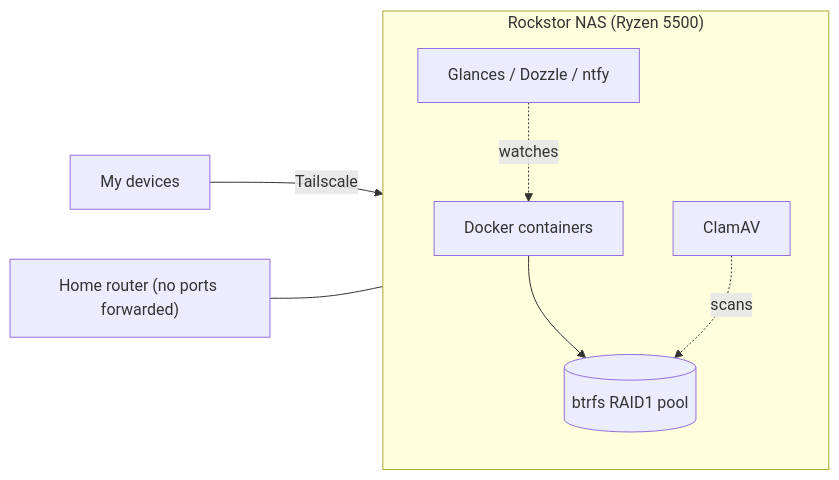
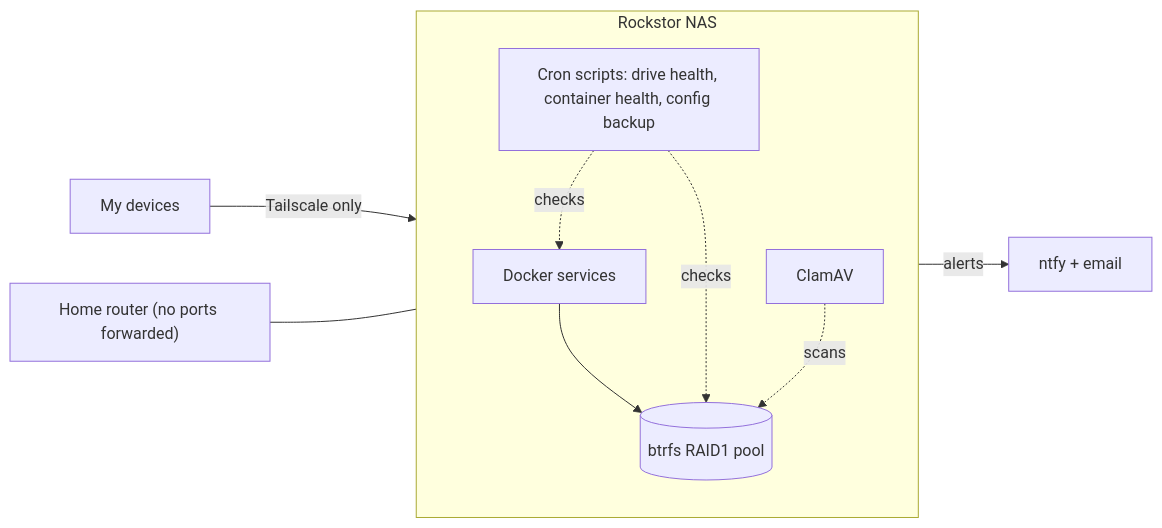
Before and after one commit to Mozamotala/security-homelab-infrastructure: the diagram in README.md, drawn with Mermaid. The commit also changed other lines of this file, not shown here.

````diff
--- a/README.md
+++ b/README.md
@@ -36,13 +40,16 @@
 ```mermaid
 flowchart LR
-    Phone["My devices"] -- "Tailscale" --> NAS
-    subgraph NAS["Rockstor NAS (Ryzen 5500)"]
+    Devices["My devices"] -- "Tailscale only" --> NAS
+    subgraph NAS["Rockstor NAS"]
         direction TB
-        Docker["Docker containers"]
+        Docker["Docker services"]
         Pool[("btrfs RAID1 pool")]
         Docker --> Pool
-        Mon["Glances / Dozzle / ntfy"] -. "watches" .-> Docker
+        Cron["Cron scripts: drive health, container health, config backup"]
+        Cron -. "checks" .-> Docker
+        Cron -. "checks" .-> Pool
         AV["ClamAV"] -. "scans" .-> Pool
     end
+    Cron -- "alerts" --> Notify["ntfy + email"]
     Router["Home router (no ports forwarded)"] --- NAS
 ```
````
